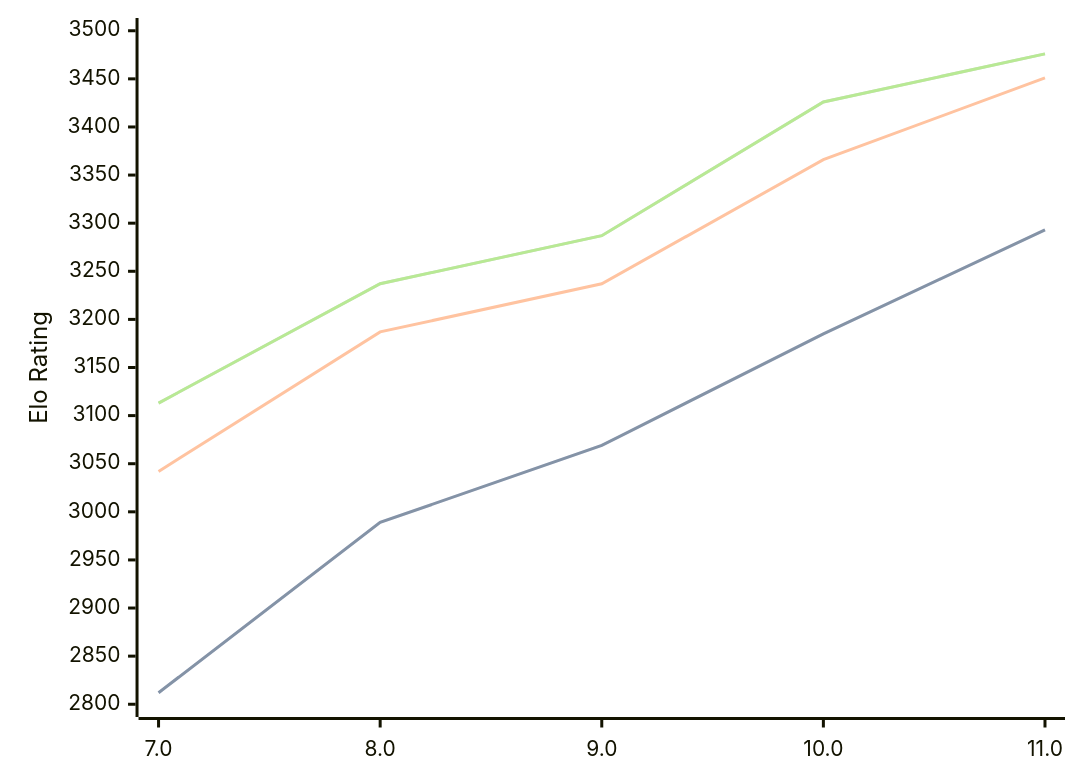
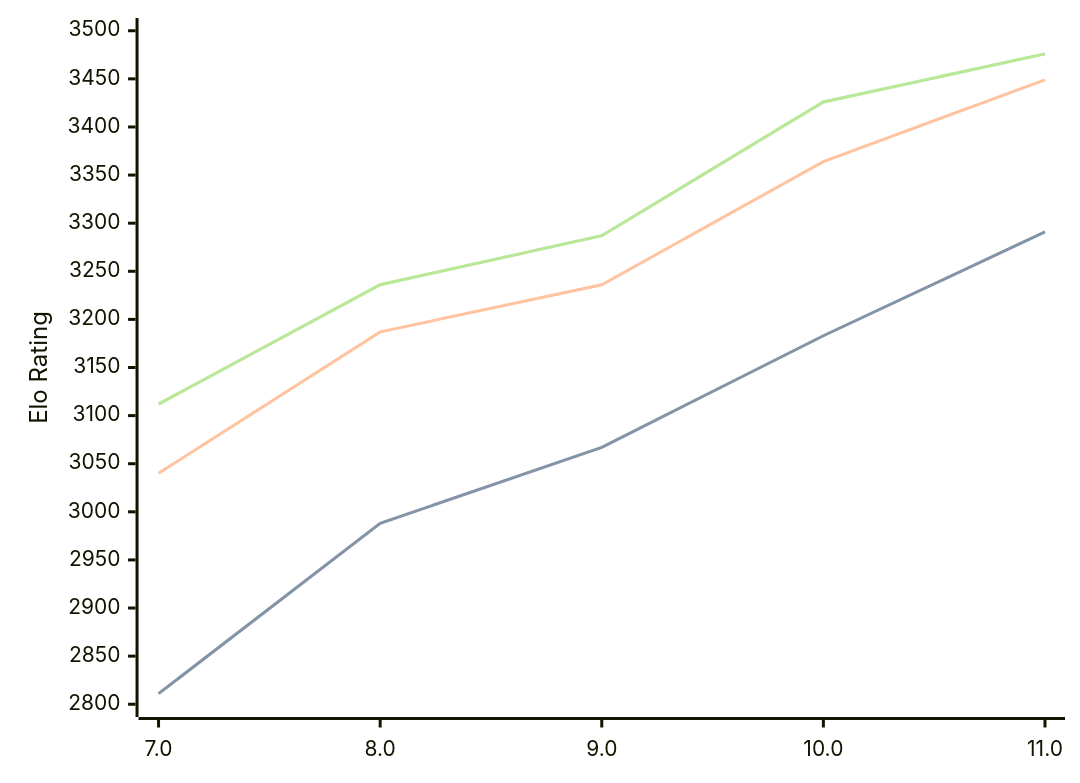
One commit to computer-chess-index/cci changed the diagram in engines/Tcheran.md. Above: the diagram before and after it, drawn with Mermaid. The commit also changed other lines of this file, not shown here.

Commit message:
Update CCI Ratings (ELO VLTC) - 2026-03-07

````diff
--- a/engines/Tcheran.md
+++ b/engines/Tcheran.md
@@ -47,11 +47,11 @@
 ```mermaid
 %%{init: {"theme":"base","themeVariables":{"seriesColors:['#a3a3a3','#222221','#faa371']}}}%%
 xychart-beta
   x-axis ["7.0", "8.0", "9.0", "10.0", "11.0"]
   y-axis "Elo Rating" 2800 --> 3500
-  line "STC (8.0+0.08s)" [2812, 2989, 3069, 3185, 3293]
-  line "STC (8.0+0.08s)" [2812, 2989, 3069, 3185, 3293]
-  line "LTC (60.0+0.60s)" [3042, 3187, 3237, 3366, 3451]
-  line "VLTC (2m24s+1.12s)" [3113, 3237, 3287, 3426, 3476]
-  line "VLTC (2m24s+1.12s)" [3113, 3237, 3287, 3426, 3476]
+  line "STC (8.0+0.08s)" [2811, 2988, 3067, 3183, 3291]
+  line "STC (8.0+0.08s)" [2811, 2988, 3067, 3183, 3291]
+  line "LTC (60.0+0.60s)" [3040, 3187, 3236, 3364, 3449]
+  line "VLTC (2m24s+1.12s)" [3112, 3236, 3287, 3426, 3476]
+  line "VLTC (2m24s+1.12s)" [3112, 3236, 3287, 3426, 3476]
 ```
````
